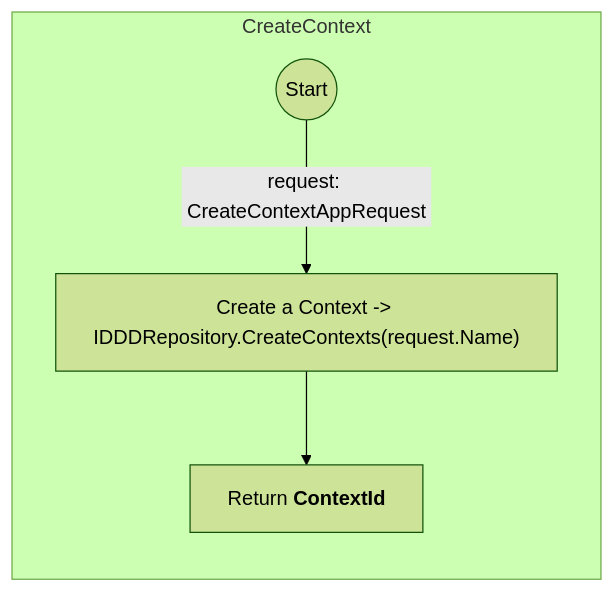
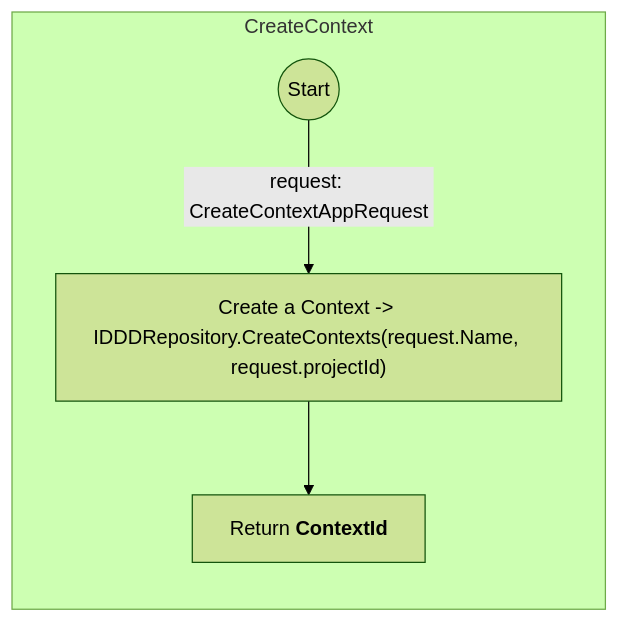
One commit to sdlfly2000/DomainBasedDesigner changed the second of 3 diagrams in AI/Actions/ContextAppService.md. Above: the diagram before and after it, drawn with Mermaid (forest theme). The commit also changed other lines of this file and 12 other files, not shown here.

Commit message:
CreateContext with projectid

````diff
--- a/AI/Actions/ContextAppService.md
+++ b/AI/Actions/ContextAppService.md
@@ -40,9 +42,9 @@
     ```mermaid
         graph TB
             subgraph main CreateContext[CreateContext]
                 direction TB
                 start2(("Start")) --> 
-                |request: CreateContextAppRequest| CreateContext["Create a Context -> IDDDRepository.CreateContexts(request.Name)"]-->
+                |request: CreateContextAppRequest| CreateContext["Create a Context -> IDDDRepository.CreateContexts(request.Name, request.projectId)"]-->
                 return2["`Return **ContextId**`"]
             end
     ```
````
